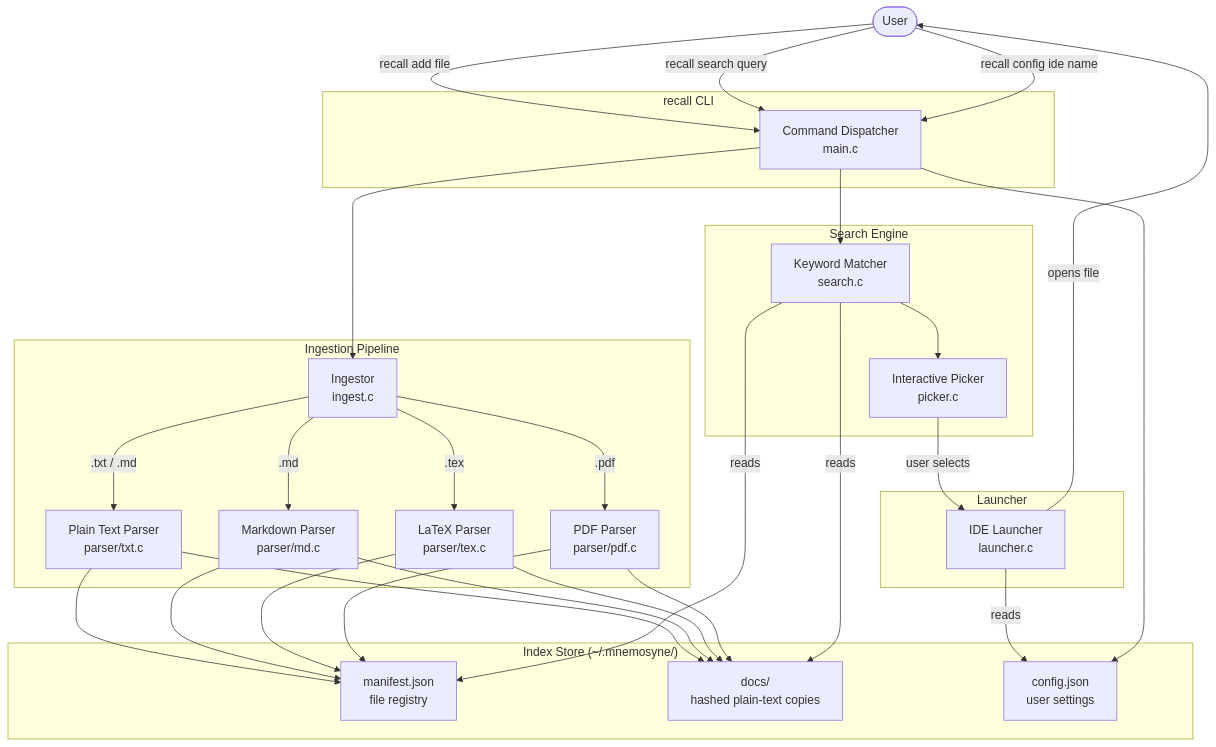
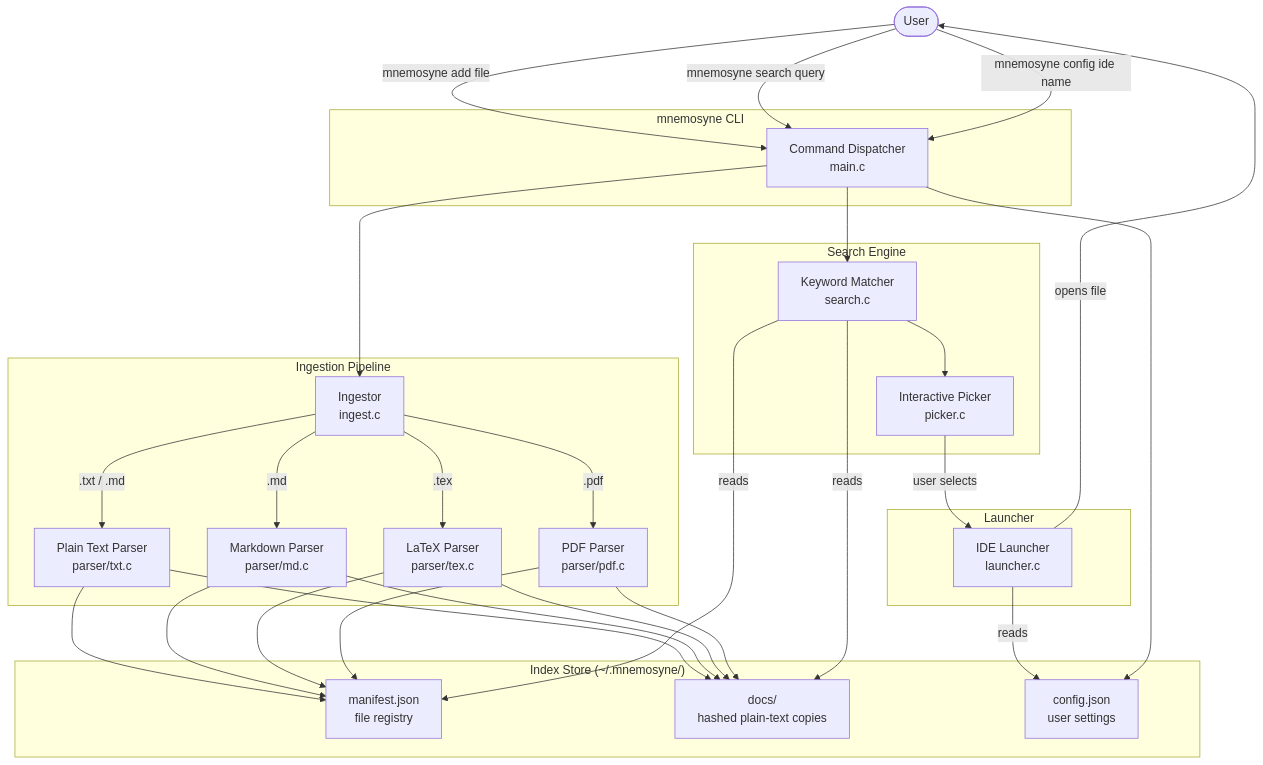
Before and after one commit to WayneCh0y/Mnemosyne: the diagram in documentation/structure.md, drawn with Mermaid. The commit also changed 4 other files, not shown here.

````diff
--- a/documentation/structure.md
+++ b/documentation/structure.md
@@ -11,52 +11,52 @@
 ```mermaid
 graph TD
     User([User])
 
-    subgraph CLI ["recall CLI"]
+    subgraph CLI ["mnemosyne CLI"]
         CMD[Command Dispatcher\nmain.c]
     end
 
     subgraph Ingestion ["Ingestion Pipeline"]
         ING[Ingestor\ningest.c]
         P_TXT[Plain Text Parser\nparser/txt.c]
         P_MD[Markdown Parser\nparser/md.c]
         P_TEX[LaTeX Parser\nparser/tex.c]
         P_PDF[PDF Parser\nparser/pdf.c]
     end
 
     subgraph Storage ["Index Store (~/.mnemosyne/)"]
         MANIFEST[manifest.json\nfile registry]
         DOCS[docs/\nhashed plain-text copies]
         CFG[config.json\nuser settings]
     end
 
     subgraph Search ["Search Engine"]
         SE[Keyword Matcher\nsearch.c]
         PICKER[Interactive Picker\npicker.c]
     end
 
     subgraph Launch ["Launcher"]
         LAUNCHER[IDE Launcher\nlauncher.c]
     end
 
-    User -- "recall add file" --> CMD
+    User -- "mnemosyne add file" --> CMD
     CMD --> ING
     ING -- ".txt / .md" --> P_TXT
     ING -- ".md" --> P_MD
     ING -- ".tex" --> P_TEX
     ING -- ".pdf" --> P_PDF
     P_TXT & P_MD & P_TEX & P_PDF --> MANIFEST
     P_TXT & P_MD & P_TEX & P_PDF --> DOCS
 
-    User -- "recall search query" --> CMD
+    User -- "mnemosyne search query" --> CMD
     CMD --> SE
     SE -- reads --> DOCS
     SE -- reads --> MANIFEST
     SE --> PICKER
     PICKER -- "user selects" --> LAUNCHER
     LAUNCHER -- reads --> CFG
     LAUNCHER -- opens file --> User
 
-    User -- "recall config ide name" --> CMD
+    User -- "mnemosyne config ide name" --> CMD
     CMD --> CFG
 ```
````
